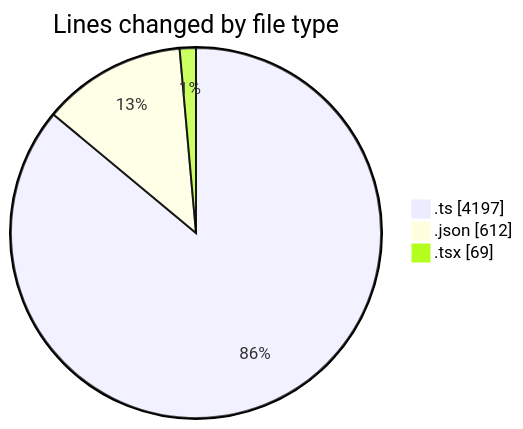
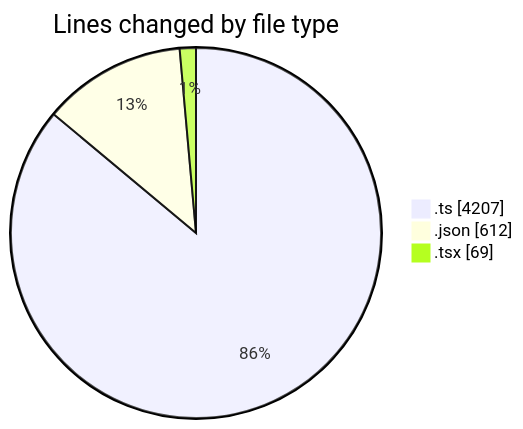
The first of 2 diagrams in 2025-10-22/cda/README.md (momahboobian/code-tracking), drawn with Mermaid before and after one commit. The commit also changed other lines of this file and 1 other file, not shown here.

````diff
--- a/2025-10-22/cda/README.md
+++ b/2025-10-22/cda/README.md
@@ -30,7 +30,7 @@
 ```mermaid
 pie showData
 title Lines changed by file type
-".ts" : 4197
+".ts" : 4207
 ".json" : 612
 ".tsx" : 69
 ```
````
